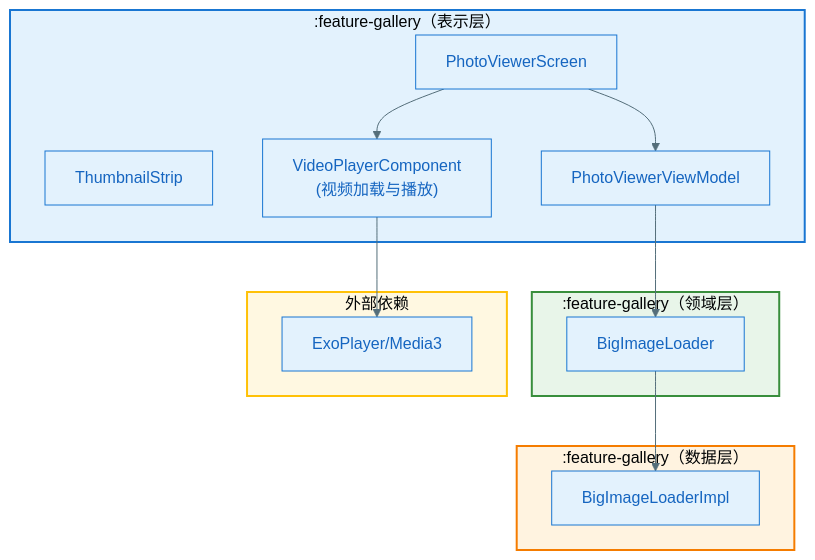
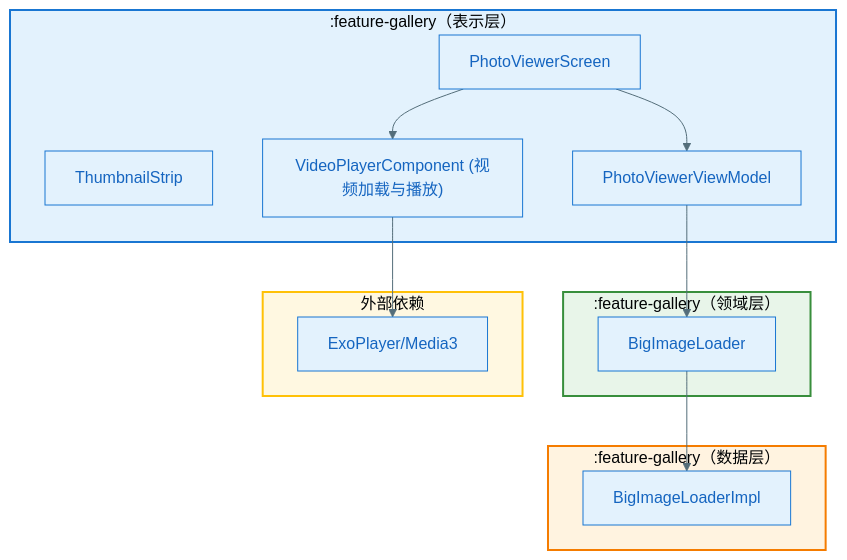
One commit to jackykarma/Verity changed the third of 18 diagrams in specs/epics/EPIC-004-android-gallery/features/FEAT-004-photo-viewer/plan.md. Above: the diagram before and after it, drawn with Mermaid. The commit also changed other lines of this file and 22 other files, not shown here.

First line of the commit message:
📝 docs(EPIC-004): 规格一致性与 Mermaid 图表修正

````diff
--- a/specs/epics/EPIC-004-android-gallery/features/FEAT-004-photo-viewer/plan.md
+++ b/specs/epics/EPIC-004-android-gallery/features/FEAT-004-photo-viewer/plan.md
@@ -334,33 +335,33 @@
 ```mermaid
 %%{init: {'theme': 'base', 'themeVariables': { 'primaryColor': '#E3F2FD', 'primaryTextColor': '#1565C0', 'primaryBorderColor': '#1976D2', 'lineColor': '#546E7A'}}}%%
 flowchart TB
     subgraph UILayer[":feature-gallery（表示层）"]
         PhotoViewerScreen["PhotoViewerScreen"]
         ThumbnailStrip["ThumbnailStrip"]
         PhotoViewerViewModel["PhotoViewerViewModel"]
-        VideoPlayerComponent["VideoPlayerComponent\n(视频加载与播放)"]
+        VideoPlayerComponent["VideoPlayerComponent (视频加载与播放)"]
     end
 
     subgraph DomainLayer[":feature-gallery（领域层）"]
         BigImageLoader["BigImageLoader"]
     end
 
     subgraph DataLayer[":feature-gallery（数据层）"]
         BigImageLoaderImpl["BigImageLoaderImpl"]
     end
 
     subgraph External["外部依赖"]
         ExoPlayer["ExoPlayer/Media3"]
     end
 
     PhotoViewerScreen --> PhotoViewerViewModel
     PhotoViewerScreen --> VideoPlayerComponent
     PhotoViewerViewModel --> BigImageLoader
     BigImageLoader --> BigImageLoaderImpl
     VideoPlayerComponent --> ExoPlayer
 
     style UILayer fill:#E3F2FD,stroke:#1976D2,stroke-width:2px
     style DomainLayer fill:#E8F5E9,stroke:#388E3C,stroke-width:2px
     style DataLayer fill:#FFF3E0,stroke:#F57C00,stroke-width:2px
     style External fill:#FFF8E1,stroke:#FFC107,stroke-width:2px
 ```
````
